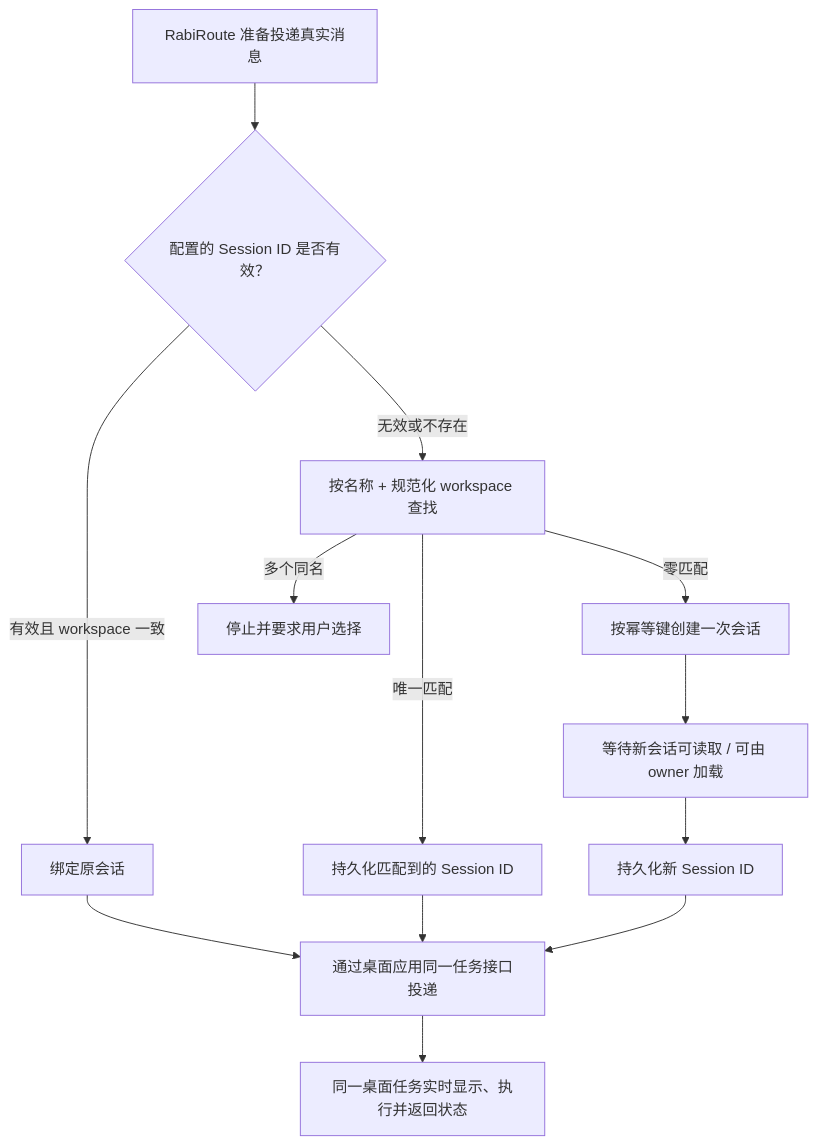
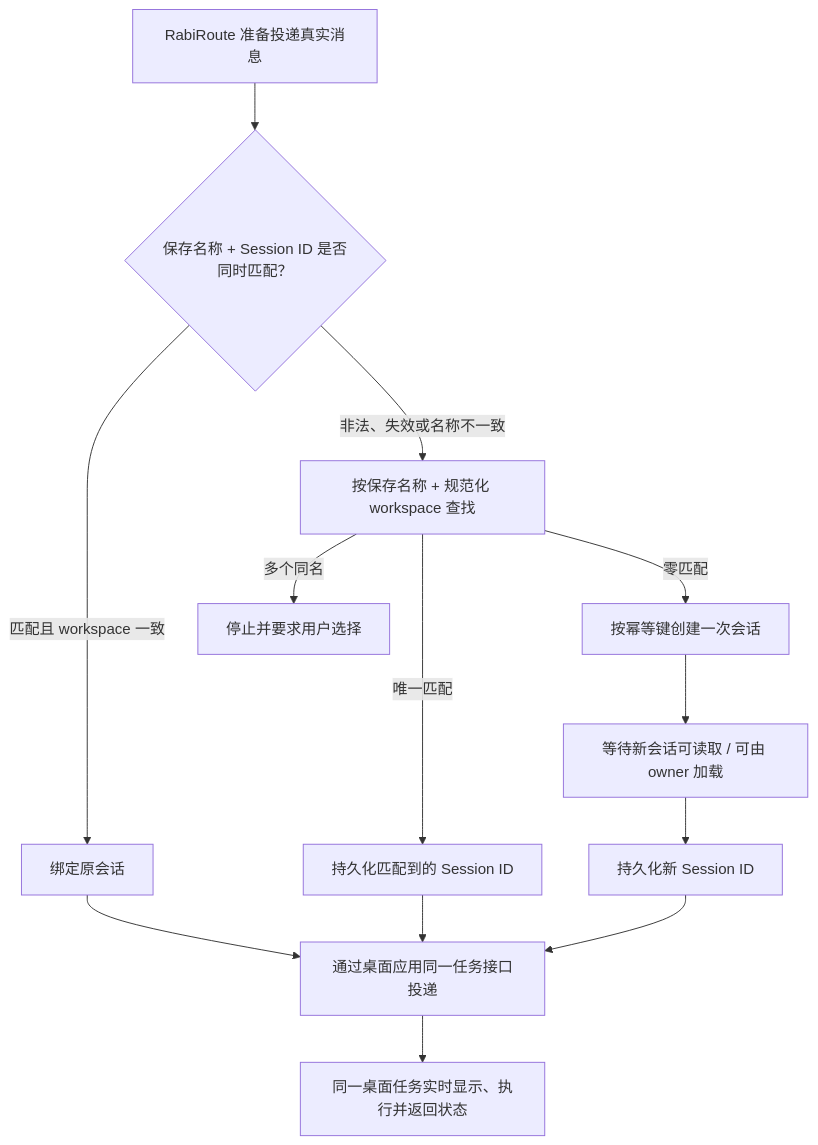
Before and after one commit to vb2250158/RabiRoute: the first of 2 diagrams in docs/agent-adapter-standard-requirements.md, drawn with Mermaid. The commit also changed other lines of this file and 3 other files, not shown here.

````diff
--- a/docs/agent-adapter-standard-requirements.md
+++ b/docs/agent-adapter-standard-requirements.md
@@ -26,15 +28,15 @@
 ```mermaid
 flowchart TD
-    M["RabiRoute 准备投递真实消息"] --> I{"配置的 Session ID 是否有效？"}
-    I -->|"有效且 workspace 一致"| B["绑定原会话"]
-    I -->|"无效或不存在"| Q["按名称 + 规范化 workspace 查找"]
+    M["RabiRoute 准备投递真实消息"] --> I{"保存名称 + Session ID 是否同时匹配？"}
+    I -->|"匹配且 workspace 一致"| B["绑定原会话"]
+    I -->|"非法、失效或名称不一致"| Q["按保存名称 + 规范化 workspace 查找"]
     Q -->|"唯一匹配"| P["持久化匹配到的 Session ID"]
     Q -->|"零匹配"| C["按幂等键创建一次会话"]
     Q -->|"多个同名"| A["停止并要求用户选择"]
     C --> V["等待新会话可读取 / 可由 owner 加载"]
     V --> P2["持久化新 Session ID"]
     B --> D["通过桌面应用同一任务接口投递"]
     P --> D
     P2 --> D
     D --> O["同一桌面任务实时显示、执行并返回状态"]
 ```
````
